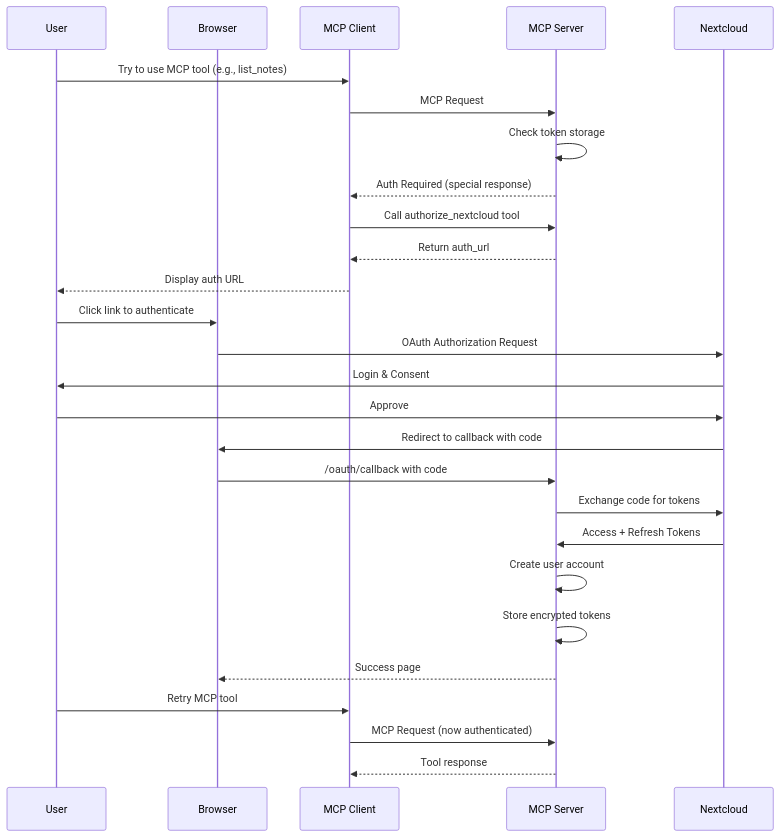
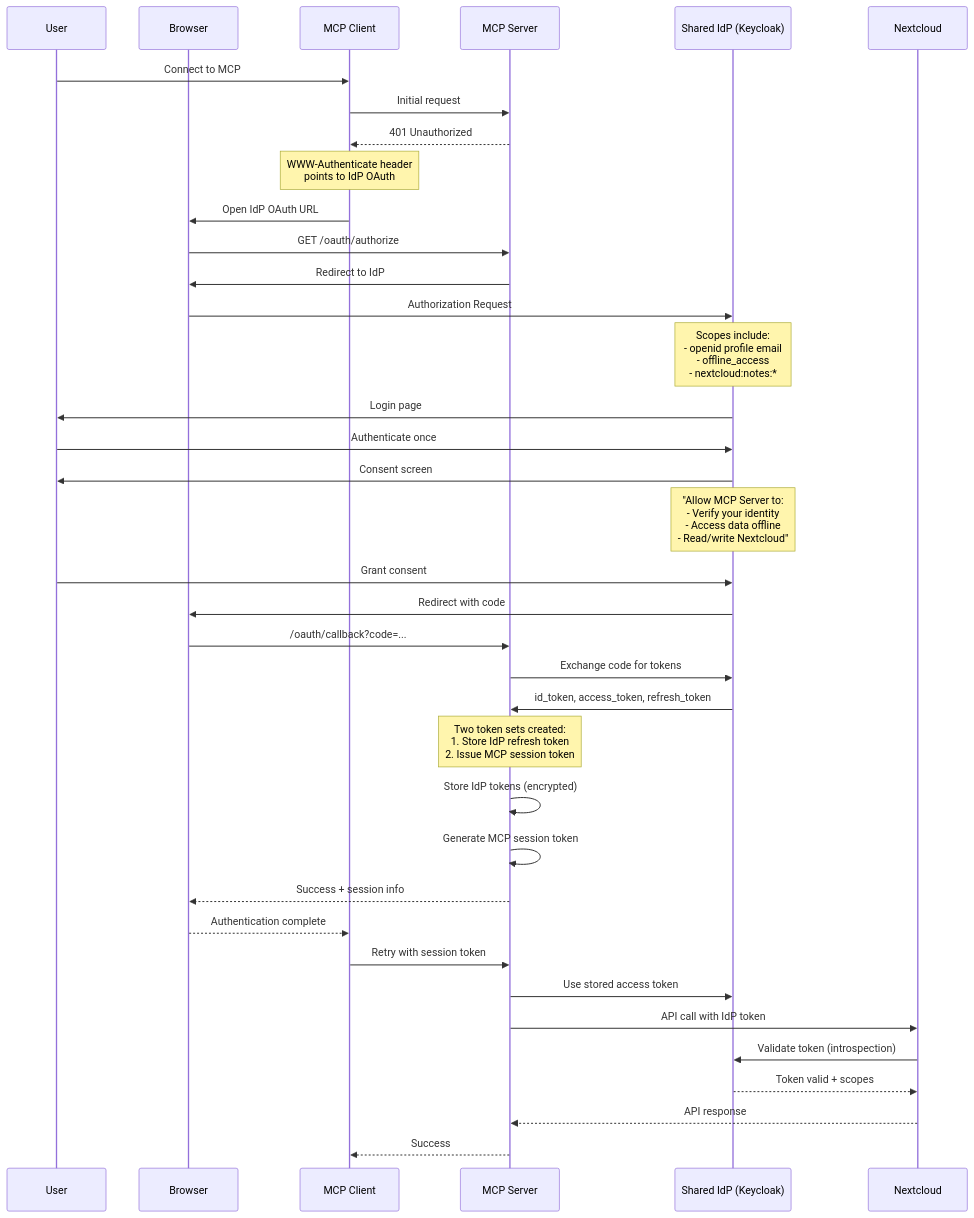
One commit to cbcoutinho/nextcloud-mcp-server changed the first of 3 diagrams in docs/ADR-004-mcp-application-oauth.md. Above: the diagram before and after it, drawn with Mermaid. The commit also changed other lines of this file and 1 other file, not shown here.

First line of the commit message:
docs: Rewrite ADR-004 for Federated Authentication Architecture

````diff
--- a/docs/ADR-004-mcp-application-oauth.md
+++ b/docs/ADR-004-mcp-application-oauth.md
@@ -61,34 +70,51 @@
 ```mermaid
 sequenceDiagram
     participant User
     participant Browser
     participant MCPClient as MCP Client
     participant MCPServer as MCP Server
+    participant IdP as Shared IdP (Keycloak)
     participant Nextcloud
 
-    User->>MCPClient: Try to use MCP tool (e.g., list_notes)
-    MCPClient->>MCPServer: MCP Request
-    MCPServer->>MCPServer: Check token storage
-    MCPServer-->>MCPClient: Auth Required (special response)
+    User->>MCPClient: Connect to MCP
+    MCPClient->>MCPServer: Initial request
+    MCPServer-->>MCPClient: 401 Unauthorized
 
-    MCPClient->>MCPServer: Call authorize_nextcloud tool
-    MCPServer-->>MCPClient: Return auth_url
-    MCPClient-->>User: Display auth URL
+    Note over MCPClient: WWW-Authenticate header<br/>points to IdP OAuth
 
-    User->>Browser: Click link to authenticate
-    Browser->>Nextcloud: OAuth Authorization Request
-    Nextcloud->>User: Login & Consent
-    User->>Nextcloud: Approve
-    Nextcloud->>Browser: Redirect to callback with code
-    Browser->>MCPServer: /oauth/callback with code
+    MCPClient->>Browser: Open IdP OAuth URL
+    Browser->>MCPServer: GET /oauth/authorize
+    MCPServer->>Browser: Redirect to IdP
 
-    MCPServer->>Nextcloud: Exchange code for tokens
-    Nextcloud->>MCPServer: Access + Refresh Tokens
-    MCPServer->>MCPServer: Create user account
-    MCPServer->>MCPServer: Store encrypted tokens
-    MCPServer-->>Browser: Success page
+    Browser->>IdP: Authorization Request
+    Note over IdP: Scopes include:<br/>- openid profile email<br/>- offline_access<br/>- nextcloud:notes:*
 
-    User->>MCPClient: Retry MCP tool
-    MCPClient->>MCPServer: MCP Request (now authenticated)
-    MCPServer-->>MCPClient: Tool response
+    IdP->>User: Login page
+    User->>IdP: Authenticate once
+
+    IdP->>User: Consent screen
+    Note over IdP: "Allow MCP Server to:<br/>- Verify your identity<br/>- Access data offline<br/>- Read/write Nextcloud"
+
+    User->>IdP: Grant consent
+    IdP->>Browser: Redirect with code
+    Browser->>MCPServer: /oauth/callback?code=...
+
+    MCPServer->>IdP: Exchange code for tokens
+    IdP->>MCPServer: id_token, access_token, refresh_token
+
+    Note over MCPServer: Two token sets created:<br/>1. Store IdP refresh token<br/>2. Issue MCP session token
+
+    MCPServer->>MCPServer: Store IdP tokens (encrypted)
+    MCPServer->>MCPServer: Generate MCP session token
+    MCPServer-->>Browser: Success + session info
+
+    Browser-->>MCPClient: Authentication complete
+    MCPClient->>MCPServer: Retry with session token
+
+    MCPServer->>IdP: Use stored access token
+    MCPServer->>Nextcloud: API call with IdP token
+    Nextcloud->>IdP: Validate token (introspection)
+    IdP-->>Nextcloud: Token valid + scopes
+    Nextcloud-->>MCPServer: API response
+    MCPServer-->>MCPClient: Success
 ```
````
